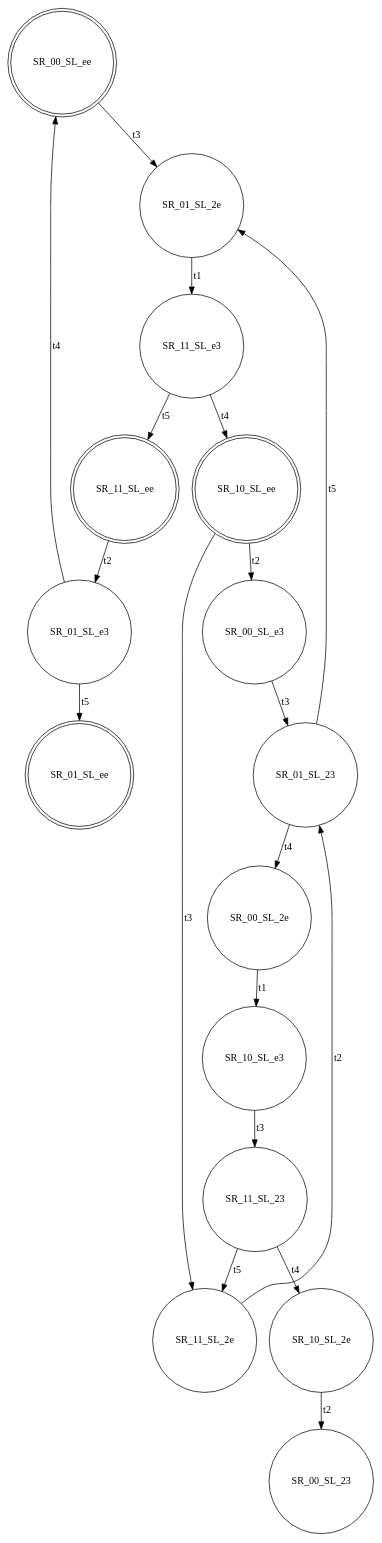
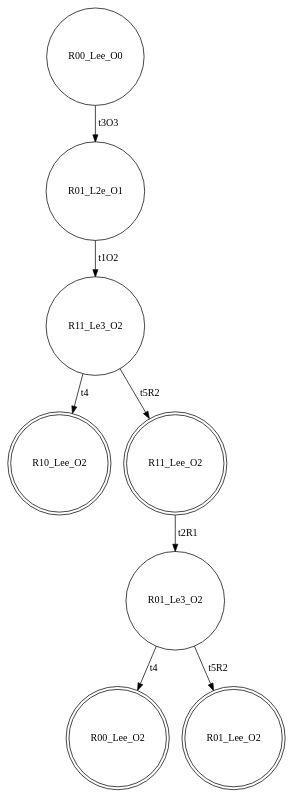
Before and after one commit to Stefano-BS/Explanatory-Diagnosis: the diagram in SCe.dot, drawn with Graphviz. The commit also changed 17 other files, not shown here.

```diff
--- a/SCe.dot
+++ b/SCe.dot
@@ -1,35 +1,17 @@
 digraph SCe {
-node [shape=doublecircle]; SR_00_SL_ee ;
-node [shape=circle]; SR_01_SL_2e ;
-node [shape=circle]; SR_11_SL_e3 ;
-node [shape=doublecircle]; SR_10_SL_ee ;
-node [shape=circle]; SR_00_SL_e3 ;
-node [shape=circle]; SR_01_SL_23 ;
-node [shape=circle]; SR_00_SL_2e ;
-node [shape=circle]; SR_10_SL_e3 ;
-node [shape=circle]; SR_11_SL_23 ;
-node [shape=circle]; SR_10_SL_2e ;
-node [shape=circle]; SR_00_SL_23 ;
-node [shape=circle]; SR_11_SL_2e ;
-node [shape=doublecircle]; SR_11_SL_ee ;
-node [shape=circle]; SR_01_SL_e3 ;
-node [shape=doublecircle]; SR_01_SL_ee ;
-SR_00_SL_ee -> SR_01_SL_2e [label=t3]
-SR_01_SL_2e -> SR_11_SL_e3 [label=t1]
-SR_11_SL_e3 -> SR_10_SL_ee [label=t4]
-SR_10_SL_ee -> SR_00_SL_e3 [label=t2]
-SR_00_SL_e3 -> SR_01_SL_23 [label=t3]
-SR_01_SL_23 -> SR_00_SL_2e [label=t4]
-SR_00_SL_2e -> SR_10_SL_e3 [label=t1]
-SR_10_SL_e3 -> SR_11_SL_23 [label=t3]
-SR_11_SL_23 -> SR_10_SL_2e [label=t4]
-SR_10_SL_2e -> SR_00_SL_23 [label=t2]
-SR_11_SL_23 -> SR_11_SL_2e [label=t5]
-SR_11_SL_2e -> SR_01_SL_23 [label=t2]
-SR_01_SL_23 -> SR_01_SL_2e [label=t5]
-SR_10_SL_ee -> SR_11_SL_2e [label=t3]
-SR_11_SL_e3 -> SR_11_SL_ee [label=t5]
-SR_11_SL_ee -> SR_01_SL_e3 [label=t2]
-SR_01_SL_e3 -> SR_00_SL_ee [label=t4]
-SR_01_SL_e3 -> SR_01_SL_ee [label=t5]
+node [shape=circle]; R00_Lee_O0 ;
+node [shape=circle]; R01_L2e_O1 ;
+node [shape=circle]; R11_Le3_O2 ;
+node [shape=doublecircle]; R10_Lee_O2 ;
+node [shape=doublecircle]; R11_Lee_O2 ;
+node [shape=circle]; R01_Le3_O2 ;
+node [shape=doublecircle]; R00_Lee_O2 ;
+node [shape=doublecircle]; R01_Lee_O2 ;
+R00_Lee_O0 -> R01_L2e_O1 [label=t3O3]
+R01_L2e_O1 -> R11_Le3_O2 [label=t1O2]
+R11_Le3_O2 -> R10_Lee_O2 [label=t4]
+R11_Le3_O2 -> R11_Lee_O2 [label=t5R2]
+R11_Lee_O2 -> R01_Le3_O2 [label=t2R1]
+R01_Le3_O2 -> R00_Lee_O2 [label=t4]
+R01_Le3_O2 -> R01_Lee_O2 [label=t5R2]
 }
```
